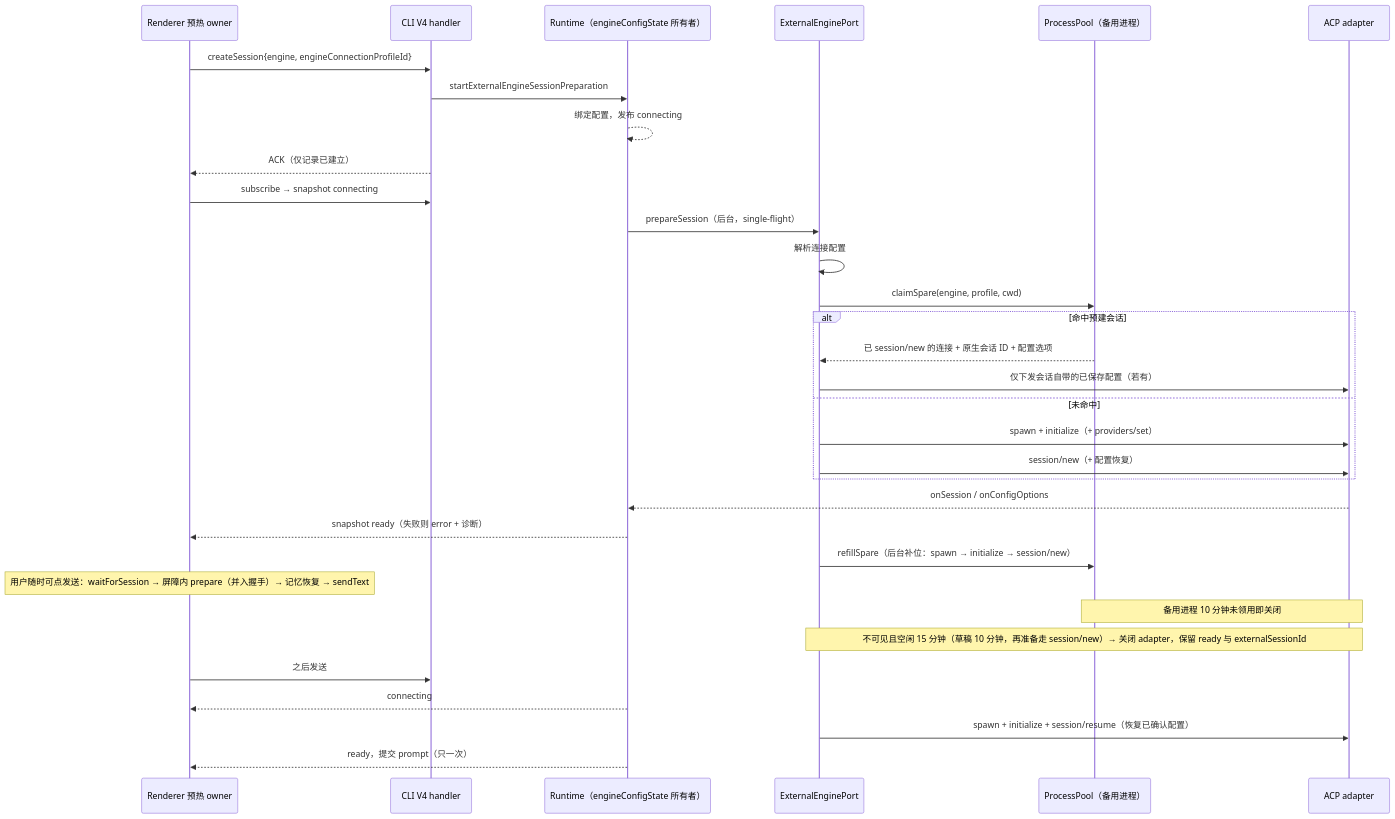
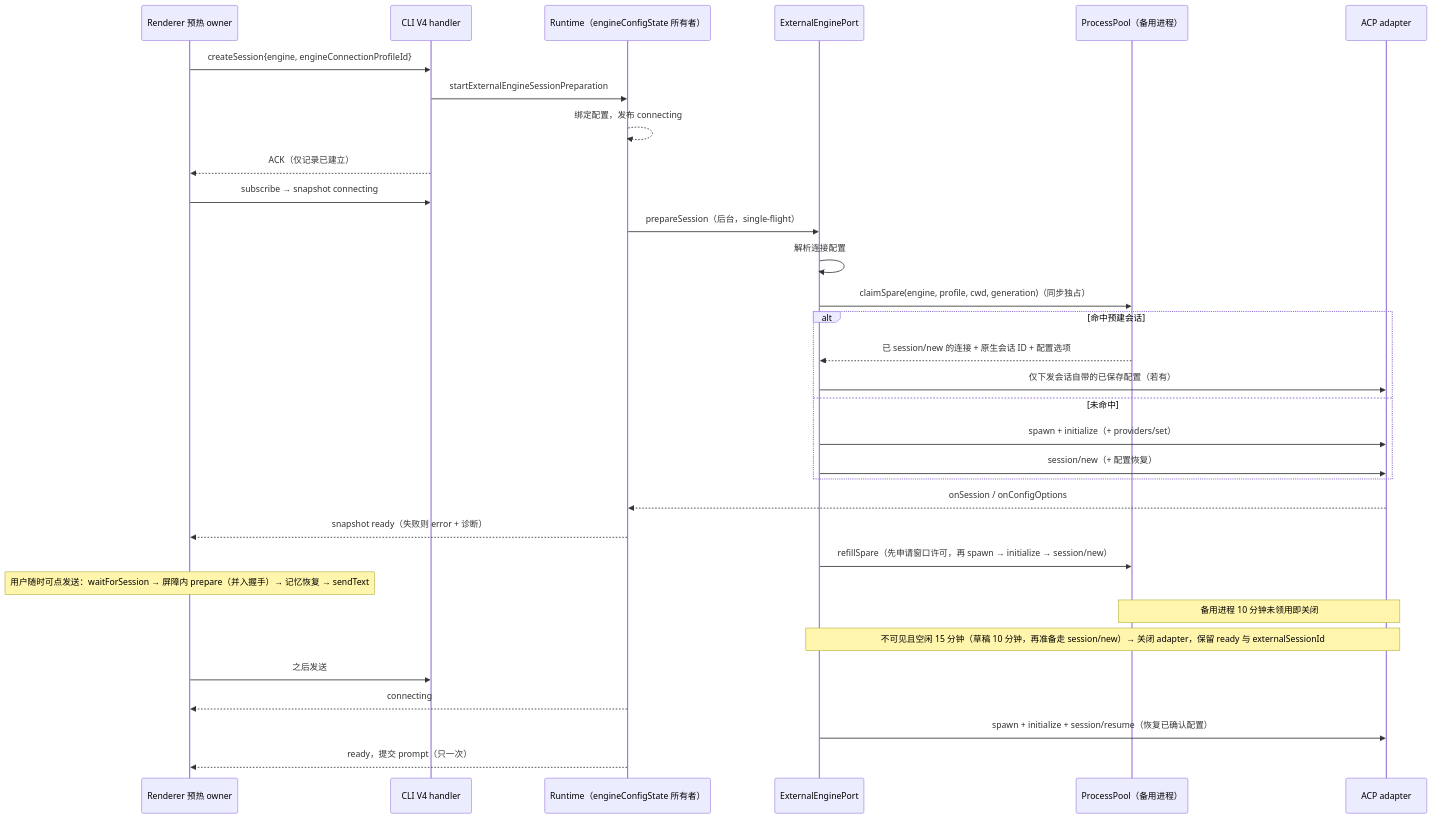
Before and after one commit to OpenX123/ZCode: the fifth of 19 diagrams in docs/desktop/external-agent-engines-spec.md, drawn with Mermaid. The commit also changed other lines of this file and 70 other files, not shown here.

````diff
--- a/docs/desktop/external-agent-engines-spec.md
+++ b/docs/desktop/external-agent-engines-spec.md
@@ -133,34 +240,34 @@
 ```mermaid
 sequenceDiagram
   participant UI as Renderer 预热 owner
   participant V4 as CLI V4 handler
   participant R as Runtime（engineConfigState 所有者）
   participant P as ExternalEnginePort
   participant S as ProcessPool（备用进程）
   participant A as ACP adapter
   UI->>V4: createSession{engine, engineConnectionProfileId}
   V4->>R: startExternalEngineSessionPreparation
   R-->>R: 绑定配置，发布 connecting
   V4-->>UI: ACK（仅记录已建立）
   UI->>V4: subscribe → snapshot connecting
   R->>P: prepareSession（后台，single-flight）
   P->>P: 解析连接配置
-  P->>S: claimSpare(engine, profile, cwd)
+  P->>S: claimSpare(engine, profile, cwd, generation)（同步独占）
   alt 命中预建会话
     S-->>P: 已 session/new 的连接 + 原生会话 ID + 配置选项
     P->>A: 仅下发会话自带的已保存配置（若有）
   else 未命中
     P->>A: spawn + initialize（+ providers/set）
     P->>A: session/new（+ 配置恢复）
   end
   A-->>R: onSession / onConfigOptions
   R-->>UI: snapshot ready（失败则 error + 诊断）
-  P->>S: refillSpare（后台补位：spawn → initialize → session/new）
+  P->>S: refillSpare（先申请窗口许可，再 spawn → initialize → session/new）
   Note over UI: 用户随时可点发送：waitForSession → 屏障内 prepare（并入握手）→ 记忆恢复 → sendText
   Note over S,A: 备用进程 10 分钟未领用即关闭
   Note over P,A: 不可见且空闲 15 分钟（草稿 10 分钟，再准备走 session/new）→ 关闭 adapter，保留 ready 与 externalSessionId
   UI->>V4: 之后发送
   R-->>UI: connecting
   P->>A: spawn + initialize + session/resume（恢复已确认配置）
   R-->>UI: ready，提交 prompt（只一次）
 ```
````
